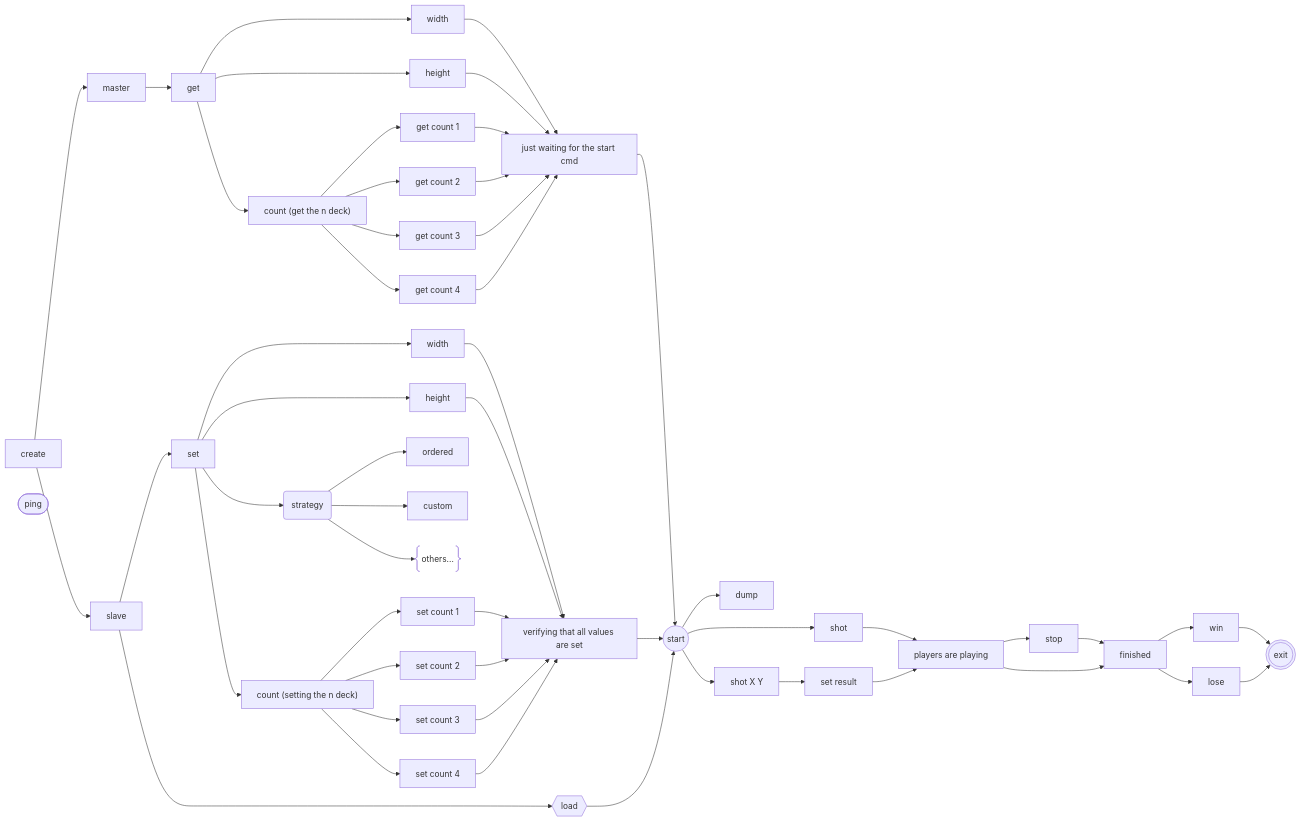
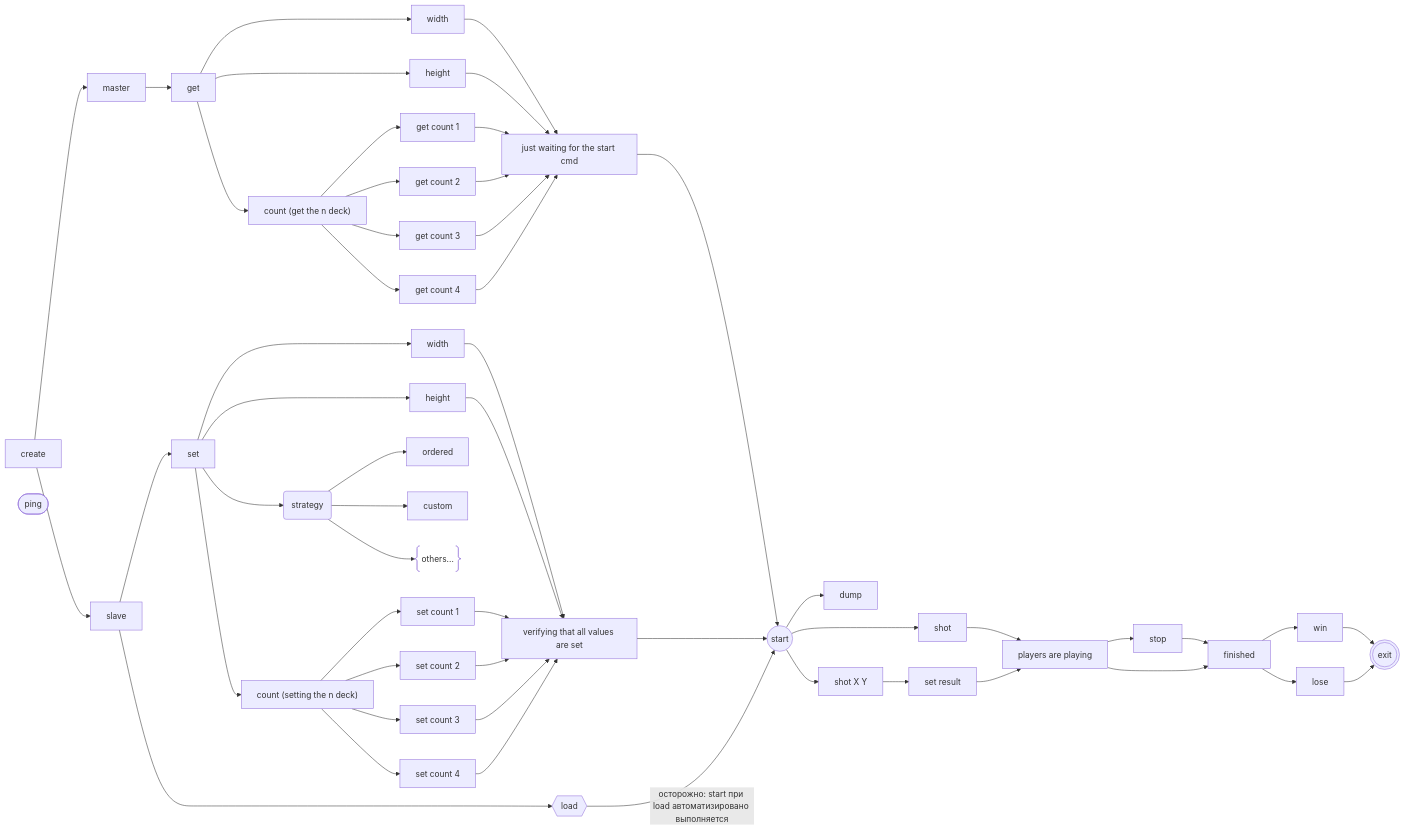
The diagram in README.md (axonde/ship-wars), drawn with Mermaid before and after one commit. The commit also changed other lines of this file and 1 other file, not shown here.

```diff
--- a/README.md
+++ b/README.md
@@ -172,7 +132,7 @@
 		start((start))
 		verifyS --> start
 		verifyM --> start
-		load --> start
+		load -- осторожно: start при load автоматизировано выполняется --> start
 
 		%% dump
 		dump
```
